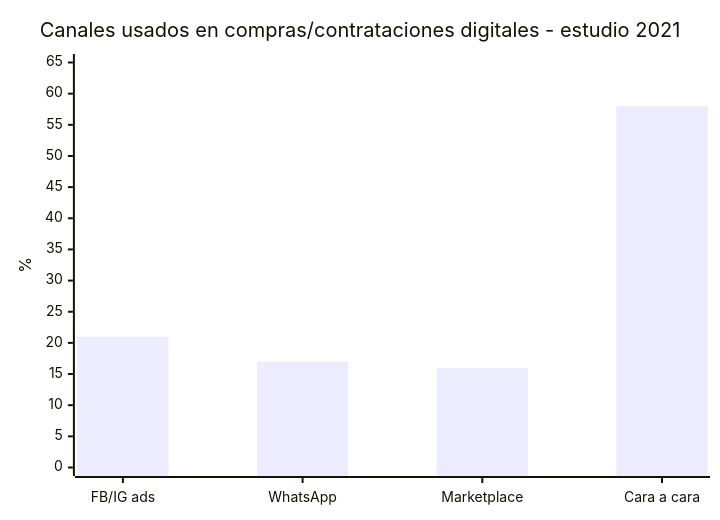
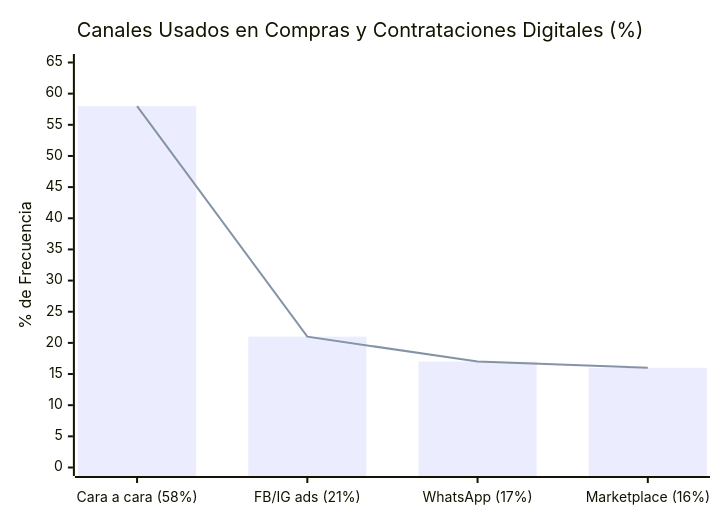
Before and after one commit to mita-build-with-ai-2026/.github: the fourth of 5 diagrams in Mita_fuentes_estadisticas.md, drawn with Mermaid. The commit also changed other lines of this file and 35 other files, not shown here.

````diff
--- a/Mita_fuentes_estadisticas.md
+++ b/Mita_fuentes_estadisticas.md
@@ -82,7 +85,8 @@
 ```mermaid
 xychart-beta
-  title "Canales usados en compras/contrataciones digitales - estudio 2021"
-  x-axis ["FB/IG ads", "WhatsApp", "Marketplace", "Cara a cara"]
-  y-axis "%" 0 --> 65
-  bar [21, 17, 16, 58]
+  title "Canales Usados en Compras y Contrataciones Digitales (%)"
+  x-axis ["Cara a cara (58%)", "FB/IG ads (21%)", "WhatsApp (17%)", "Marketplace (16%)"]
+  y-axis "% de Frecuencia" 0 --> 65
+  bar [58, 21, 17, 16]
+  line [58, 21, 17, 16]
 ```
````
